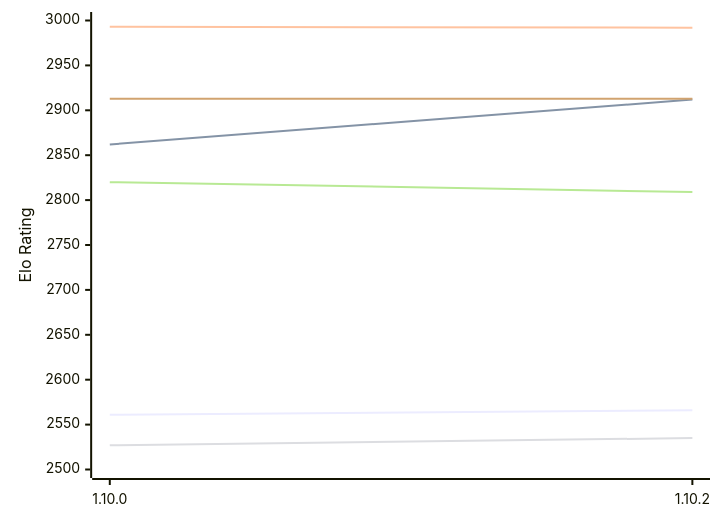
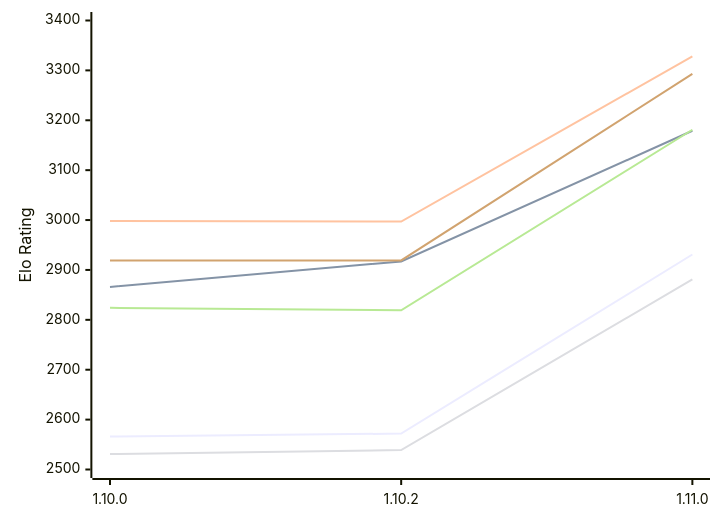
The first of 2 diagrams in engines/Basilisk.md (computer-chess-index/cci), drawn with Mermaid before and after one commit. The commit also changed other lines of this file, not shown here.

Commit message:
Update CCI Ratings (ELO VLTC) - 2026-11-20

````diff
--- a/engines/Basilisk.md
+++ b/engines/Basilisk.md
@@ -61,12 +63,12 @@
 ```mermaid
 %%{init: {"theme":"base","themeVariables":{"seriesColors:['#a3a3a3','#222221','#faa371']}}}%%
 xychart-beta
-  x-axis ["1.10.0", "1.10.2"]
-  y-axis "Elo Rating" 2500 --> 3000
-  line "E1: STC (8.0+0.08s)" [2561, 2566]
-  line "E1: LTC (60.0+0.60s)" [2862, 2912]
-  line "E1: VLTC (2m24s+1.12s)" [2993, 2992]
-  line "P1: STC (8.0+0.08s)" [2527, 2535]
-  line "P1: LTC (60.0+0.60s)" [2820, 2809]
-  line "P1: VLTC (2m24s+1.12s)" [2913, 2913]
+  x-axis ["1.10.0", "1.10.2", "1.11.0"]
+  y-axis "Elo Rating" 2500 --> 3400
+  line "E1: STC (8.0+0.08s)" [2566, 2572, 2931]
+  line "E1: LTC (60.0+0.60s)" [2866, 2917, 3179]
+  line "E1: VLTC (2m24s+1.12s)" [2998, 2997, 3328]
+  line "P1: STC (8.0+0.08s)" [2531, 2539, 2881]
+  line "P1: LTC (60.0+0.60s)" [2824, 2819, 3181]
+  line "P1: VLTC (2m24s+1.12s)" [2919, 2919, 3293]
 ```
````
